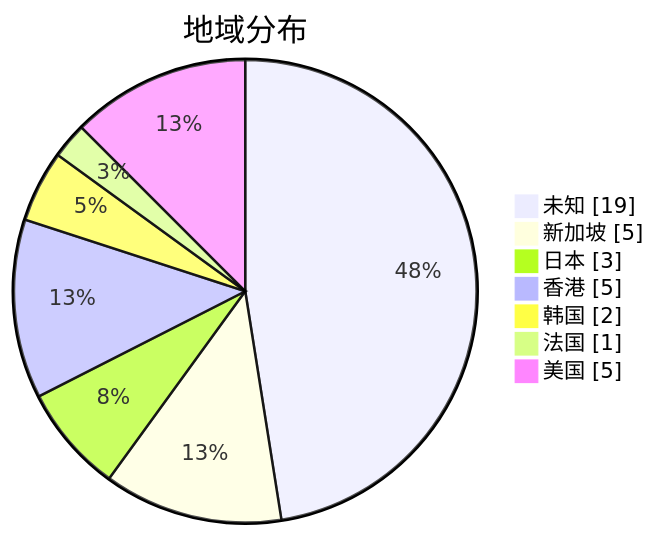
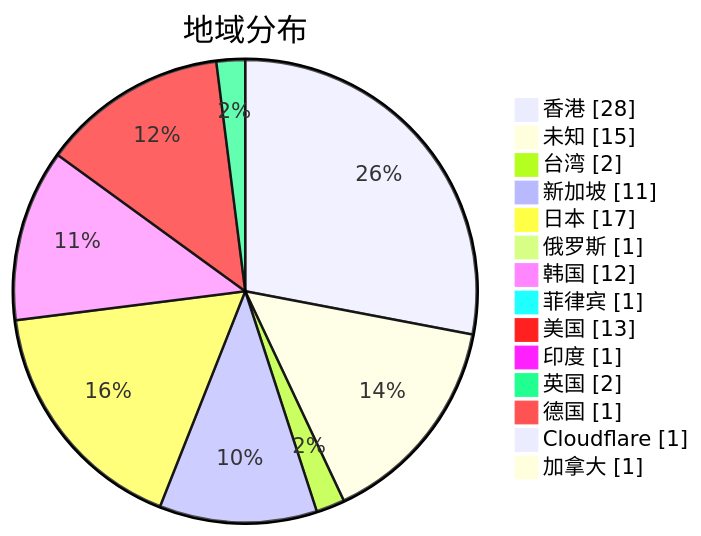
The second of 3 diagrams in subs/statistics/tested_within.md (qjlxg/airport), drawn with Mermaid before and after one commit. The commit also changed other lines of this file and 2 other files, not shown here.

Commit message:
Tested by metaST

````diff
--- a/subs/statistics/tested_within.md
+++ b/subs/statistics/tested_within.md
@@ -10,11 +10,18 @@
 ```mermaid
 pie showData
 title 地域分布
-"未知" : 19
-"新加坡" : 5
-"日本" : 3
-"香港" : 5
-"韩国" : 2
-"法国" : 1
-"美国" : 5
+"香港" : 28
+"未知" : 15
+"台湾" : 2
+"新加坡" : 11
+"日本" : 17
+"俄罗斯" : 1
+"韩国" : 12
+"菲律宾" : 1
+"美国" : 13
+"印度" : 1
+"英国" : 2
+"德国" : 1
+"Cloudflare" : 1
+"加拿大" : 1
 ```
````
